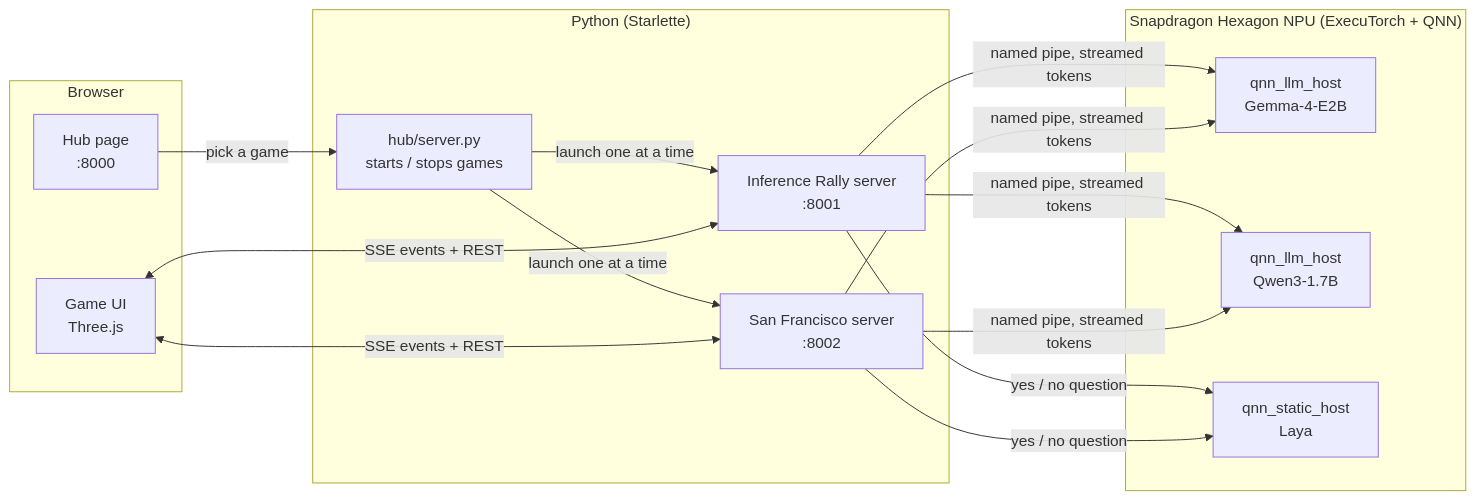
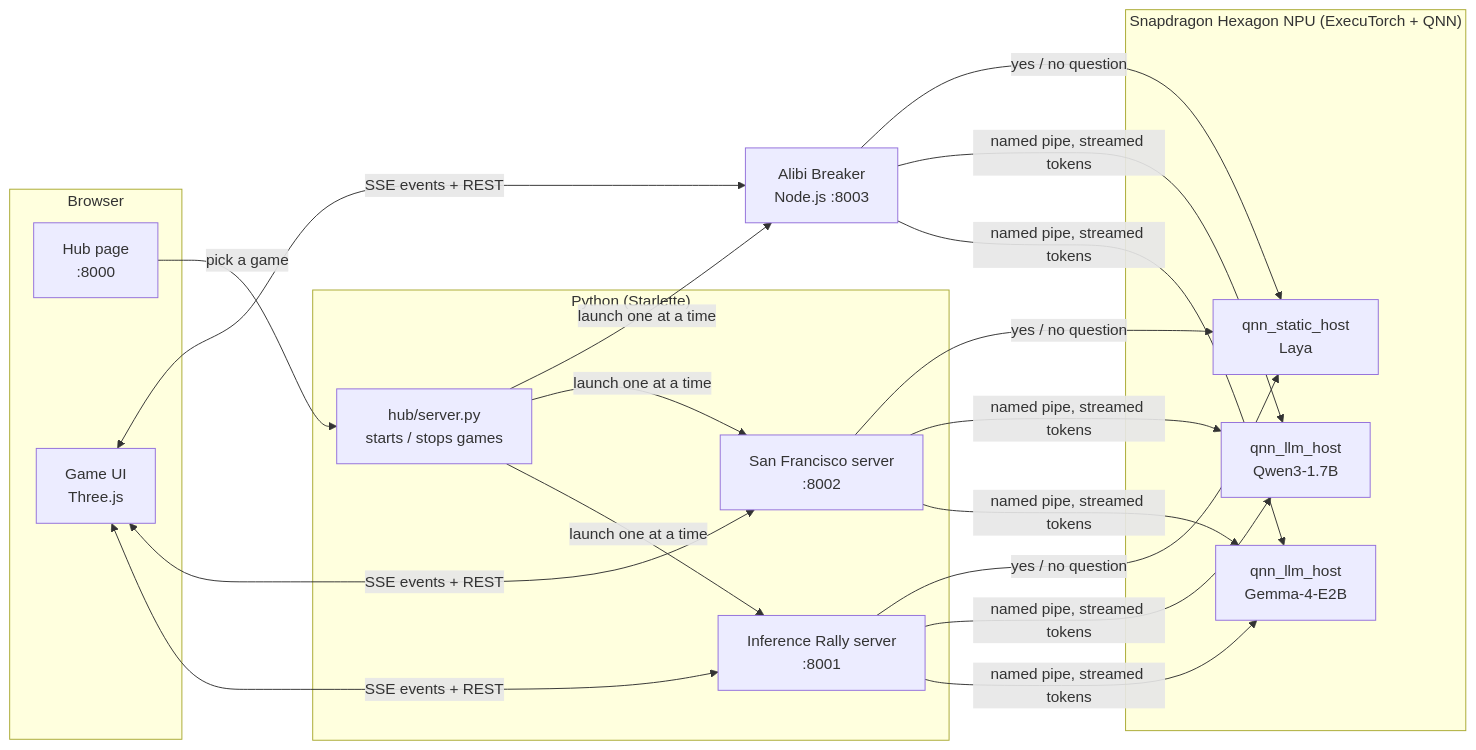
Before and after one commit to divyachandana/gamehub: the diagram in README.md, drawn with Mermaid. The commit also changed other lines of this file and 17 other files, not shown here.

First line of the commit message:
Alibi Breaker joins the hub, running on the NPU

````diff
--- a/README.md
+++ b/README.md
@@ -69,22 +76,23 @@
 ```mermaid
 flowchart LR
   subgraph Browser
     hubpage["Hub page<br/>:8000"]
     game["Game UI<br/>Three.js"]
   end
   subgraph Python["Python (Starlette)"]
     hub["hub/server.py<br/>starts / stops games"]
     rally["Inference Rally server<br/>:8001"]
     sf["San Francisco server<br/>:8002"]
   end
+  alibi["Alibi Breaker<br/>Node.js :8003"]
   subgraph NPU["Snapdragon Hexagon NPU (ExecuTorch + QNN)"]
     gemma["qnn_llm_host<br/>Gemma-4-E2B"]
     qwen["qnn_llm_host<br/>Qwen3-1.7B"]
     laya["qnn_static_host<br/>Laya"]
   end
   hubpage -->|pick a game| hub
-  hub -->|launch one at a time| rally & sf
-  game <-->|SSE events + REST| rally & sf
-  rally & sf -->|named pipe, streamed tokens| gemma & qwen
-  rally & sf -->|yes / no question| laya
+  hub -->|launch one at a time| rally & sf & alibi
+  game <-->|SSE events + REST| rally & sf & alibi
+  rally & sf & alibi -->|named pipe, streamed tokens| gemma & qwen
+  rally & sf & alibi -->|yes / no question| laya
 ```
````
